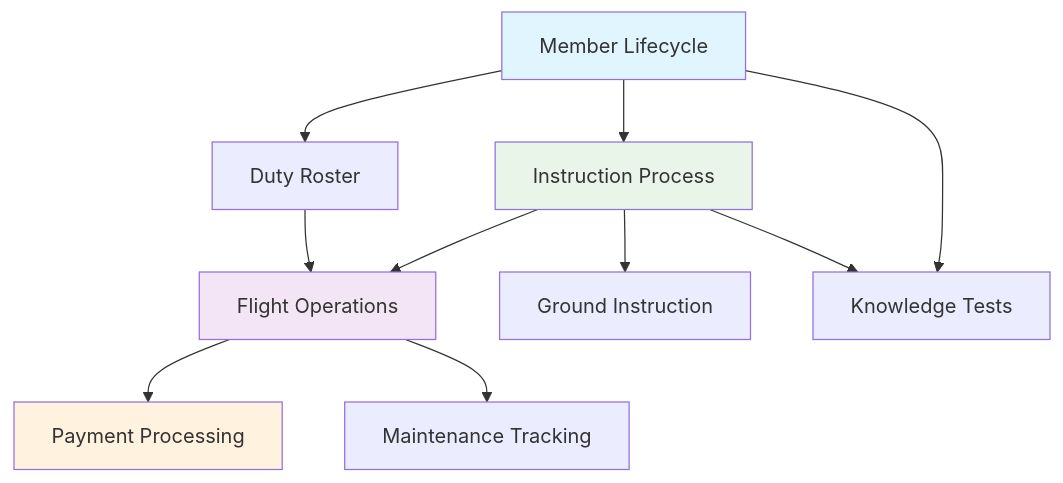
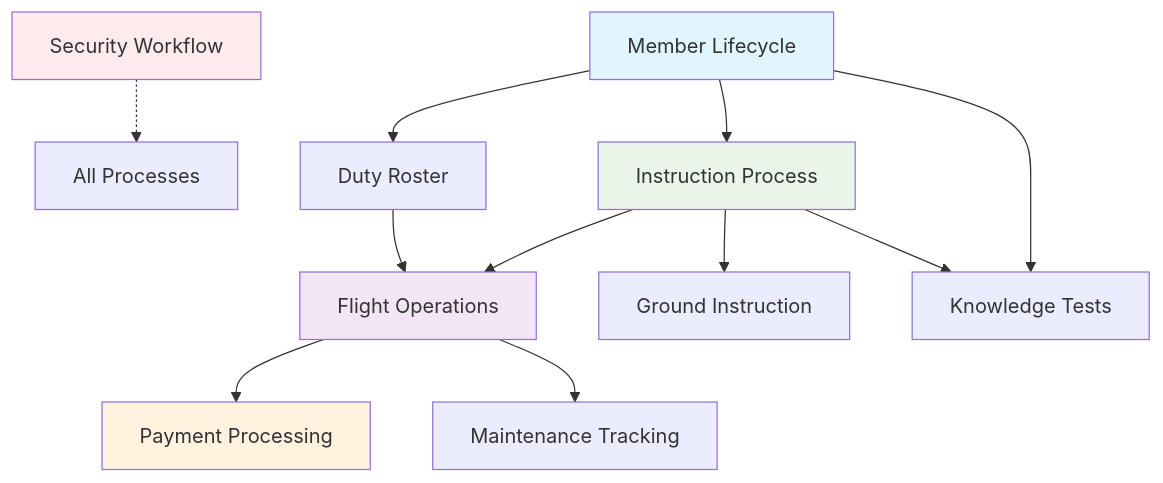
The diagram in docs/workflows/README.md (pietbarber/Manage2Soar), drawn with Mermaid before and after one commit. The commit also changed other lines of this file and 2 other files, not shown here.

First line of the commit message:
Reorganize security documentation into proper workflow structure

````diff
--- a/docs/workflows/README.md
+++ b/docs/workflows/README.md
@@ -43,17 +44,19 @@
 ```mermaid
 graph TB
+    Security[Security Workflow] -.-> All[All Processes]
     Member[Member Lifecycle] --> Duty[Duty Roster]
     Member --> Instruction[Instruction Process]
     Duty --> Logsheet[Flight Operations]
     Instruction --> Logsheet
     Logsheet --> Payment[Payment Processing]
     Logsheet --> Maintenance[Maintenance Tracking]
     Instruction --> Ground[Ground Instruction]
     Instruction --> Knowledge[Knowledge Tests]
     Member --> Knowledge
 
     style Member fill:#e1f5fe
     style Logsheet fill:#f3e5f5
     style Instruction fill:#e8f5e8
     style Payment fill:#fff3e0
+    style Security fill:#ffebee
 ```
````
